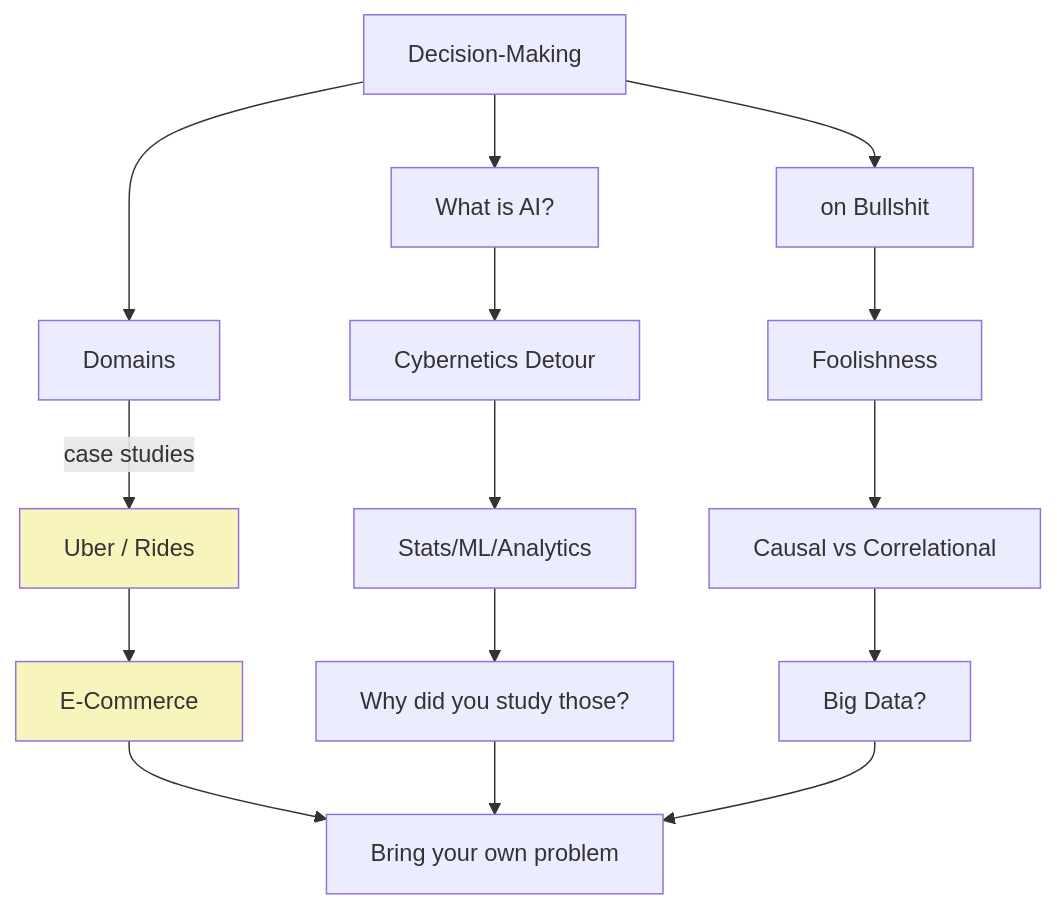
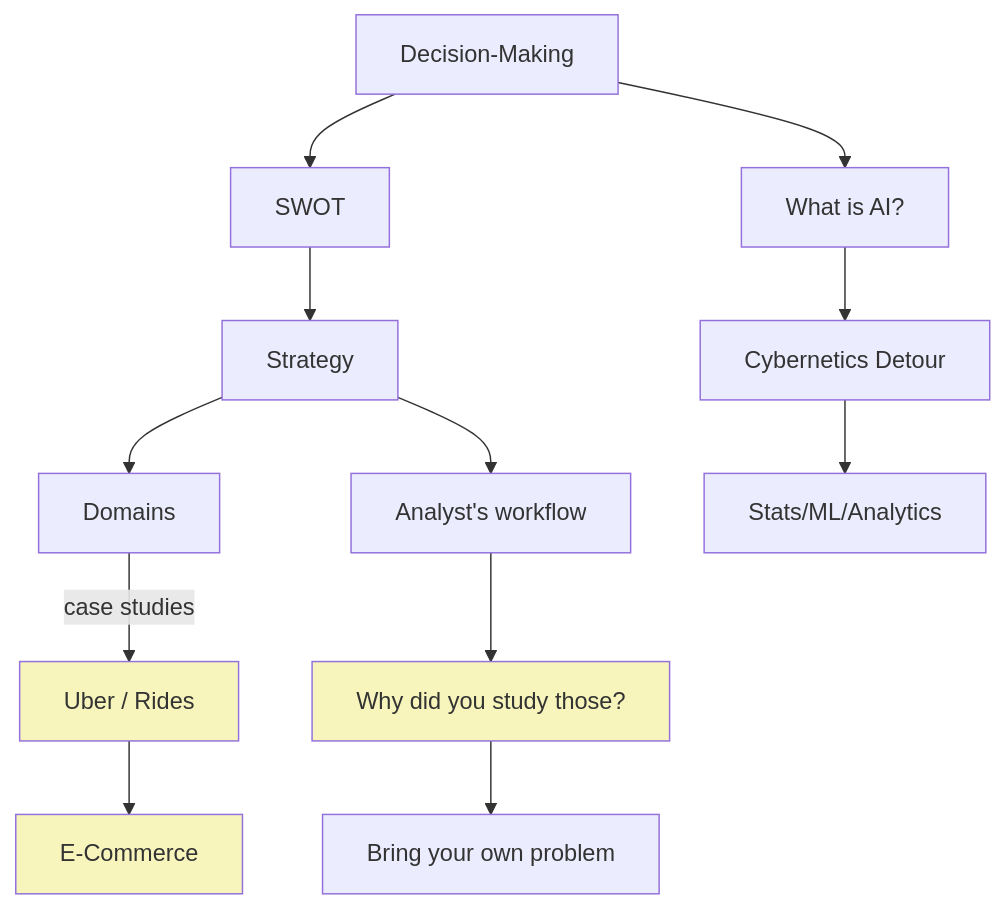
The diagram in course_book/01_fundamentals/background.qmd (Bizovi/decision-making-website), drawn with Mermaid before and after one commit. The commit also changed other lines of this file and 4 other files, not shown here.

````diff
--- a/course_book/01_fundamentals/background.qmd
+++ b/course_book/01_fundamentals/background.qmd
@@ -51,22 +64,24 @@
 ```{mermaid}
 %%| label: fig-mermaid
 %%| fig-width: 9
 %%| fig-cap: |
 %%|   A mind map and roadmap of the ideas and topics in this lecture. 
 %%|   It is designed to give you a wide context in which AI is used and misused.
 %%|   The classroom version is designed to be participatory and conversational, 
 %%|   but I will try to do my best to communicate that spirit in written form
 
 flowchart TD
-  DM[Decision-Making] --> Domains[Domains] -- case studies --> U[Uber / Rides] --> Ecom[E-Commerce]
-  DM --> AI[What is AI?] --> Cy[Cybernetics Detour] --> Choice[Stats/ML/Analytics]
-  Choice  --> F[Why did you study those?]
-  DM --> BS[on Bullshit] --> Fool[Foolishness] --> Caus[Causal vs Correlational] --> BD[Big Data?]
+  DM[Decision-Making] --> SWOT[SWOT] --> St[Strategy]
+  
+  St --> Domains[Domains] -- case studies --> U[Uber / Rides] --> Ecom[E-Commerce]
+  St --> BAW[Analyst's workflow] --> F[Why did you study those?]
+  DM --> AI[What is AI?] --> Cy[Cybernetics Detour] 
+  Cy --> Choice[Stats/ML/Analytics]
 
-  Ecom --> BYOP[Bring your own problem]
-  F --> BYOP
-  BD --> BYOP
+  F --> BYOP[Bring your own problem]
+
 
   style U fill:#f7f5bc
   style Ecom fill:#f7f5bc
+  style F fill:#f7f5bc
 ```
````
